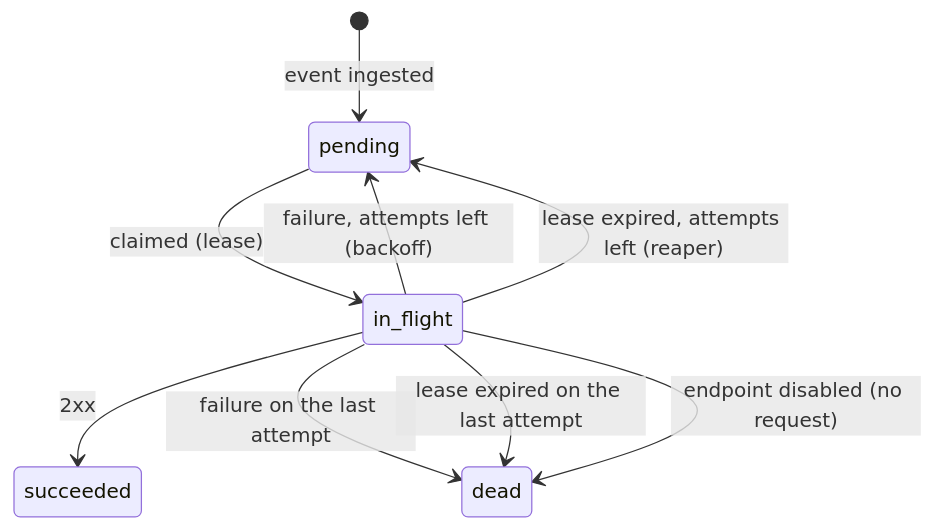
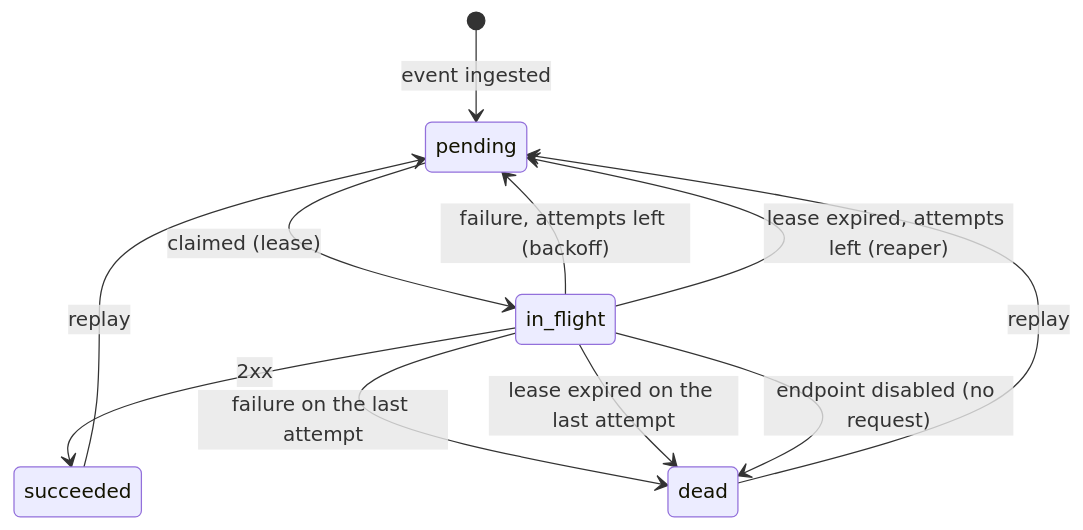
Before and after one commit to burakcelik1061-star/hook-mini: the third of 3 diagrams in README.md, drawn with Mermaid. The commit also changed other lines of this file and 25 other files, not shown here.

````diff
--- a/README.md
+++ b/README.md
@@ -72,11 +73,13 @@
 ```mermaid
 stateDiagram-v2
     [*] --> pending: event ingested
     pending --> in_flight: claimed (lease)
     in_flight --> succeeded: 2xx
     in_flight --> pending: failure, attempts left (backoff)
     in_flight --> dead: failure on the last attempt
     in_flight --> pending: lease expired, attempts left (reaper)
     in_flight --> dead: lease expired on the last attempt
     in_flight --> dead: endpoint disabled (no request)
+    dead --> pending: replay
+    succeeded --> pending: replay
 ```
````
